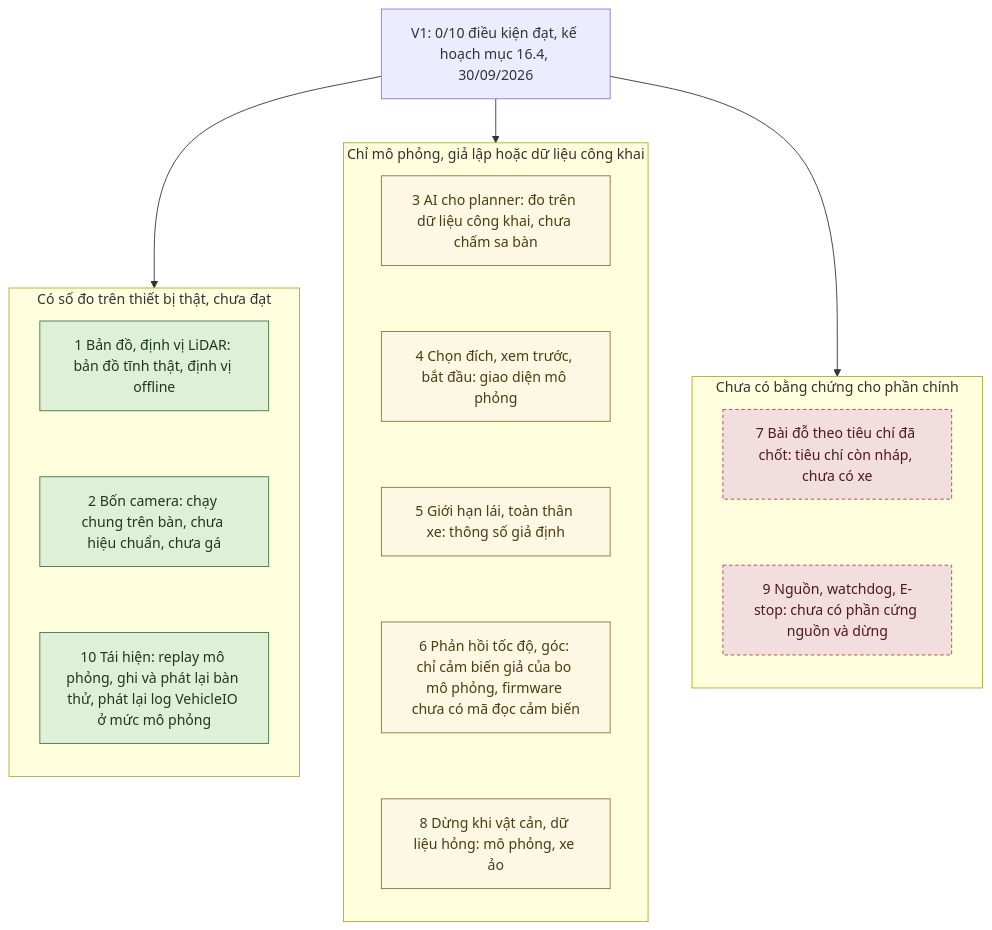
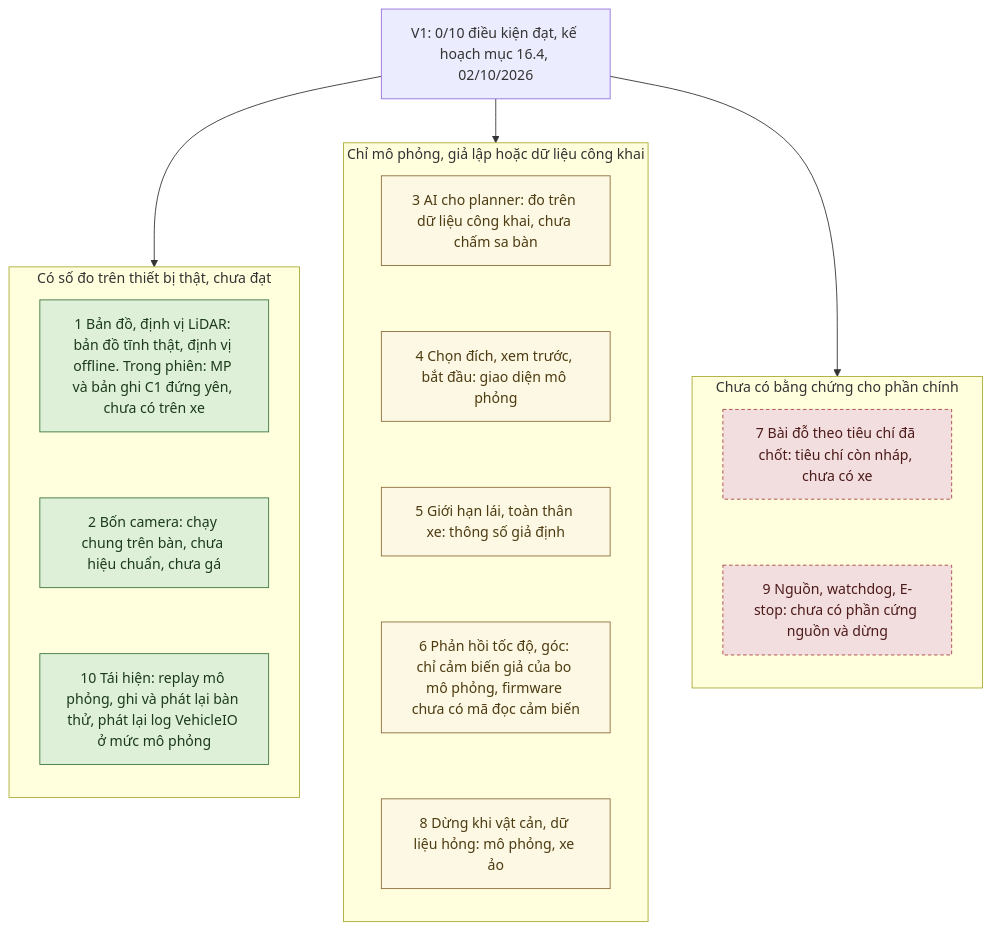
The fourth of 4 diagrams in KE_HOACH_TRIEN_KHAI_XE_TU_DO_v3.1.md (thbn12082/autopark), drawn with Mermaid before and after one commit. The commit also changed 223 other files, not shown here.

````diff
--- a/KE_HOACH_TRIEN_KHAI_XE_TU_DO_v3.1.md
+++ b/KE_HOACH_TRIEN_KHAI_XE_TU_DO_v3.1.md
@@ -475,35 +475,35 @@
 ```mermaid
 flowchart TD
-    V["V1: 0/10 điều kiện đạt, kế hoạch mục 16.4, 30/09/2026"]
+    V["V1: 0/10 điều kiện đạt, kế hoạch mục 16.4, 02/10/2026"]
     subgraph SG_BT["Có số đo trên thiết bị thật, chưa đạt"]
         direction TB
-        C1["1 Bản đồ, định vị LiDAR: bản đồ tĩnh thật, định vị offline"]
+        C1["1 Bản đồ, định vị LiDAR: bản đồ tĩnh thật, định vị offline. Trong phiên: MP và bản ghi C1 đứng yên, chưa có trên xe"]
         C2["2 Bốn camera: chạy chung trên bàn, chưa hiệu chuẩn, chưa gá"]
         C10["10 Tái hiện: replay mô phỏng, ghi và phát lại bàn thử, phát lại log VehicleIO ở mức mô phỏng"]
         C1 ~~~ C2 ~~~ C10
     end
     subgraph SG_MP["Chỉ mô phỏng, giả lập hoặc dữ liệu công khai"]
         direction TB
         C3["3 AI cho planner: đo trên dữ liệu công khai, chưa chấm sa bàn"]
         C4["4 Chọn đích, xem trước, bắt đầu: giao diện mô phỏng"]
         C5["5 Giới hạn lái, toàn thân xe: thông số giả định"]
         C6["6 Phản hồi tốc độ, góc: chỉ cảm biến giả của bo mô phỏng, firmware chưa có mã đọc cảm biến"]
         C8["8 Dừng khi vật cản, dữ liệu hỏng: mô phỏng, xe ảo"]
         C3 ~~~ C4 ~~~ C5 ~~~ C6 ~~~ C8
     end
     subgraph SG_CL["Chưa có bằng chứng cho phần chính"]
         direction TB
         C7["7 Bài đỗ theo tiêu chí đã chốt: tiêu chí còn nháp, chưa có xe"]
         C9["9 Nguồn, watchdog, E-stop: chưa có phần cứng nguồn và dừng"]
         C7 ~~~ C9
     end
     V --> SG_BT
     V --> SG_MP
     V --> SG_CL
     classDef daco fill:#dff0d8,stroke:#3c763d,color:#1b3a1b
     classDef giaLap fill:#fcf8e3,stroke:#8a6d3b,color:#4d3b12
     classDef chuaLam fill:#f2dede,stroke:#a94442,color:#4d1a1a,stroke-dasharray: 4 3
     class C1,C2,C10 daco
     class C3,C4,C5,C6,C8 giaLap
     class C7,C9 chuaLam
 ```
````
